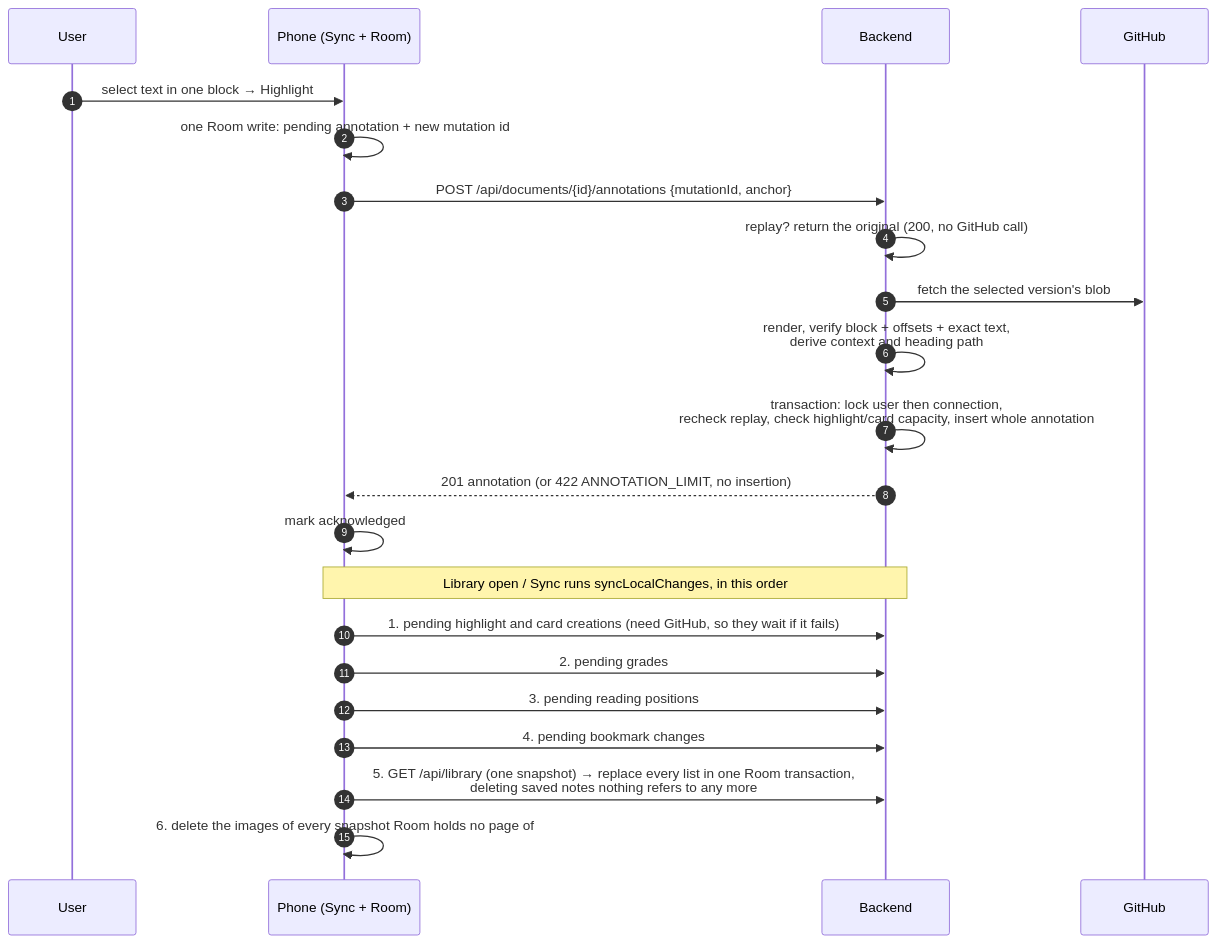
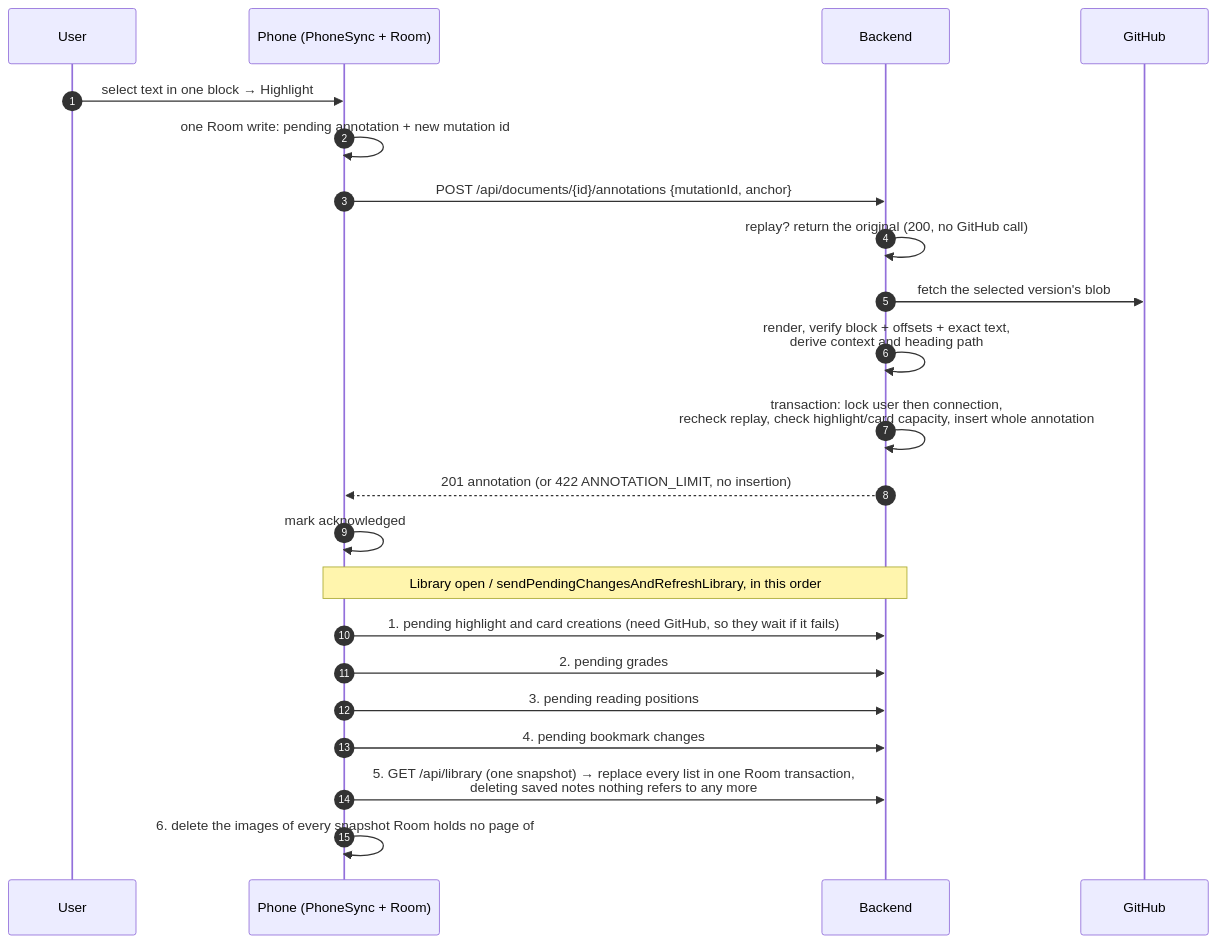
Before and after one commit to jaxwong/reporead: the ninth of 12 diagrams in docs/architecture.md, drawn with Mermaid. The commit also changed other lines of this file and 6 other files, not shown here.

Commit message:
docs(sync): explain pending changes and repository refresh

````diff
--- a/docs/architecture.md
+++ b/docs/architecture.md
@@ -521,26 +521,26 @@
 ```mermaid
 sequenceDiagram
     autonumber
     participant U as User
-    participant P as Phone (Sync + Room)
+    participant P as Phone (PhoneSync + Room)
     participant API as Backend
     participant GH as GitHub
 
     U->>P: select text in one block → Highlight
     P->>P: one Room write: pending annotation + new mutation id
     P->>API: POST /api/documents/{id}/annotations {mutationId, anchor}
     API->>API: replay? return the original (200, no GitHub call)
     API->>GH: fetch the selected version's blob
     API->>API: render, verify block + offsets + exact text,<br/>derive context and heading path
     API->>API: transaction: lock user then connection,<br/>recheck replay, check highlight/card capacity, insert whole annotation
     API-->>P: 201 annotation (or 422 ANNOTATION_LIMIT, no insertion)
     P->>P: mark acknowledged
 
-    Note over P,API: Library open / Sync runs syncLocalChanges, in this order
+    Note over P,API: Library open / sendPendingChangesAndRefreshLibrary, in this order
     P->>API: 1. pending highlight and card creations (need GitHub, so they wait if it fails)
     P->>API: 2. pending grades
     P->>API: 3. pending reading positions
     P->>API: 4. pending bookmark changes
     P->>API: 5. GET /api/library (one snapshot) → replace every list in one Room transaction,<br/>deleting saved notes nothing refers to any more
     P->>P: 6. delete the images of every snapshot Room holds no page of
 ```
````
